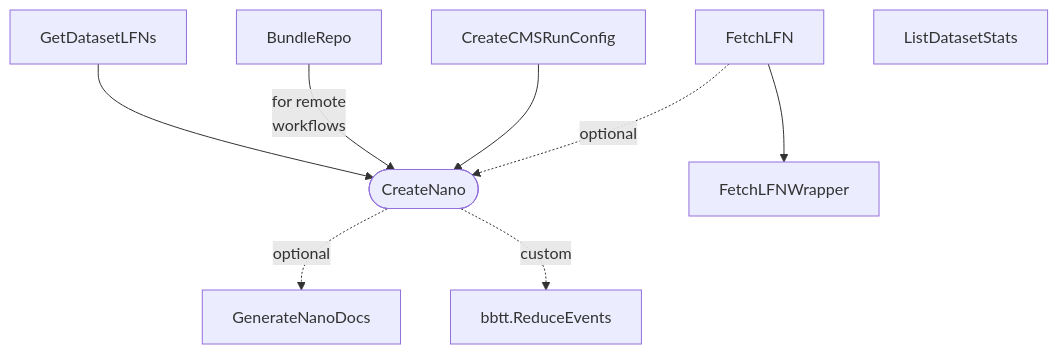
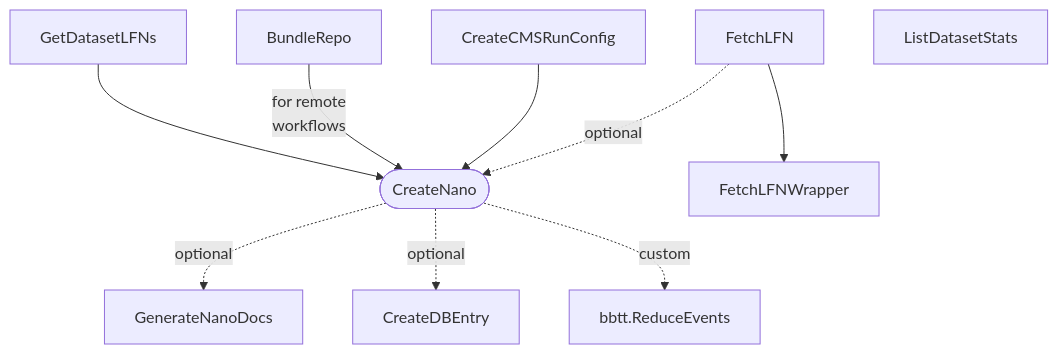
The diagram in README.md (uhh-cms/nanogen), drawn with Mermaid before and after one commit. The commit also changed 3 other files, not shown here.

````diff
--- a/README.md
+++ b/README.md
@@ -15,12 +15,13 @@
 ```mermaid
 flowchart TD
     CN([CreateNano])
     GetDatasetLFNs --> CN
     BundleRepo -- for remote<br />workflows --> CN
     CreateCMSRunConfig --> CN
     FetchLFN -. optional .-> CN
     FetchLFN --> FetchLFNWrapper
     CN -. optional .-> GenerateNanoDocs
+    CN -. optional .-> CreateDBEntry
     CN -. custom .-> bbtt.ReduceEvents
     ListDatasetStats
 ```
````
